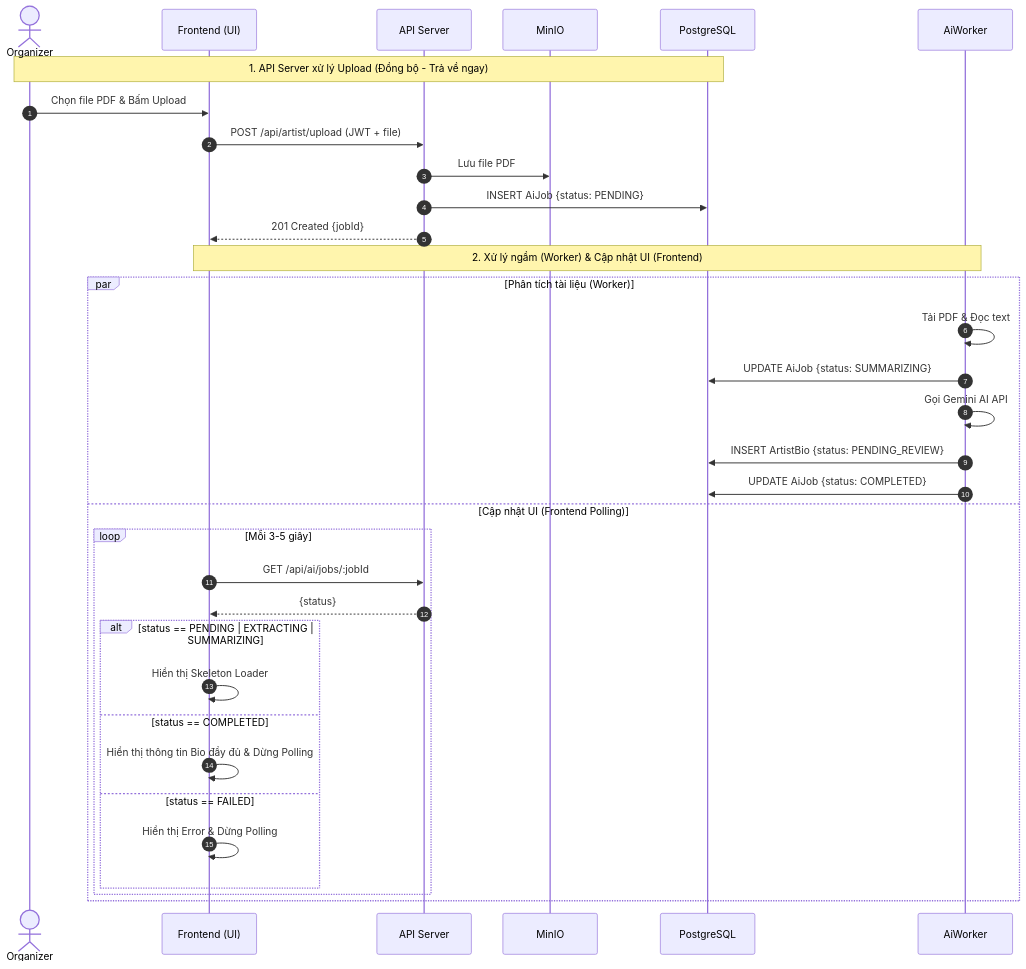
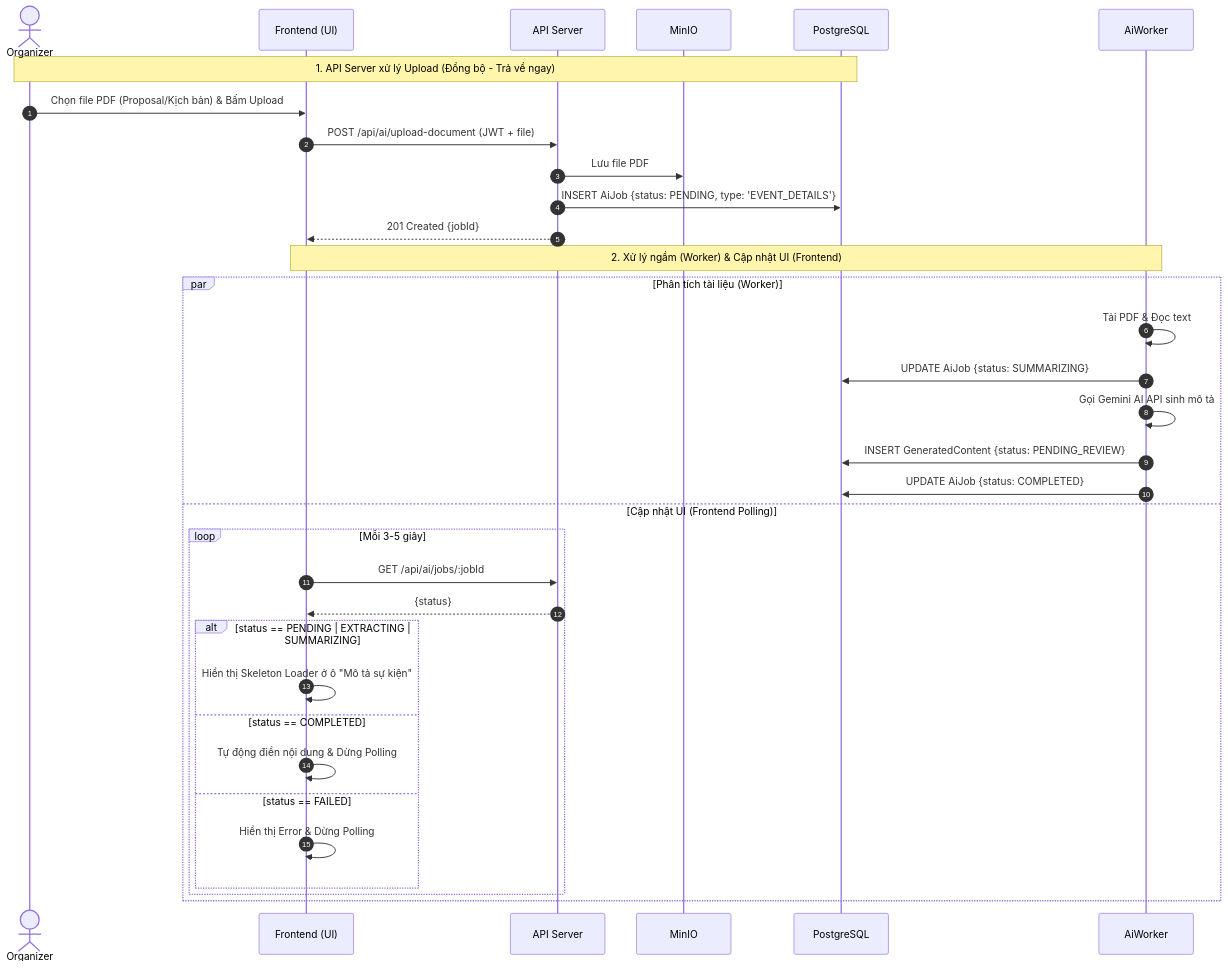
One commit to NguyenSonTung16/ticket_box changed the second of 3 diagrams in blueprint/specs/event.md. Above: the diagram before and after it, drawn with Mermaid. The commit also changed other lines of this file, not shown here.

Commit message:
docs: add event specification blueprint documentation

````diff
--- a/blueprint/specs/event.md
+++ b/blueprint/specs/event.md
@@ -49,39 +49,39 @@
 ```mermaid
 sequenceDiagram
     autonumber
     actor Org as Organizer
     participant Front as Frontend (UI)
     participant API as API Server
     participant MinIO as MinIO
     participant DB as PostgreSQL
     participant Worker as AiWorker
 
     Note over Org, DB: 1. API Server xử lý Upload (Đồng bộ - Trả về ngay)
-    Org->>Front: Chọn file PDF & Bấm Upload
-    Front->>API: POST /api/artist/upload (JWT + file)
+    Org->>Front: Chọn file PDF (Proposal/Kịch bản) & Bấm Upload
+    Front->>API: POST /api/ai/upload-document (JWT + file)
     API->>MinIO: Lưu file PDF
-    API->>DB: INSERT AiJob {status: PENDING}
+    API->>DB: INSERT AiJob {status: PENDING, type: 'EVENT_DETAILS'}
     API-->>Front: 201 Created {jobId}
 
     Note over Front, Worker: 2. Xử lý ngầm (Worker) & Cập nhật UI (Frontend)
     par Phân tích tài liệu (Worker)
         Worker->>Worker: Tải PDF & Đọc text
         Worker->>DB: UPDATE AiJob {status: SUMMARIZING}
-        Worker->>Worker: Gọi Gemini AI API
-        Worker->>DB: INSERT ArtistBio {status: PENDING_REVIEW}
+        Worker->>Worker: Gọi Gemini AI API sinh mô tả
+        Worker->>DB: INSERT GeneratedContent {status: PENDING_REVIEW}
         Worker->>DB: UPDATE AiJob {status: COMPLETED}
     and Cập nhật UI (Frontend Polling)
         loop Mỗi 3-5 giây
             Front->>API: GET /api/ai/jobs/:jobId
             API-->>Front: {status}
             
             alt status == PENDING | EXTRACTING | SUMMARIZING
-                Front->>Front: Hiển thị Skeleton Loader
+                Front->>Front: Hiển thị Skeleton Loader ở ô "Mô tả sự kiện"
             else status == COMPLETED
-                Front->>Front: Hiển thị thông tin Bio đầy đủ & Dừng Polling
+                Front->>Front: Tự động điền nội dung & Dừng Polling
             else status == FAILED
                 Front->>Front: Hiển thị Error & Dừng Polling
             end
         end
     end
 ```
````
